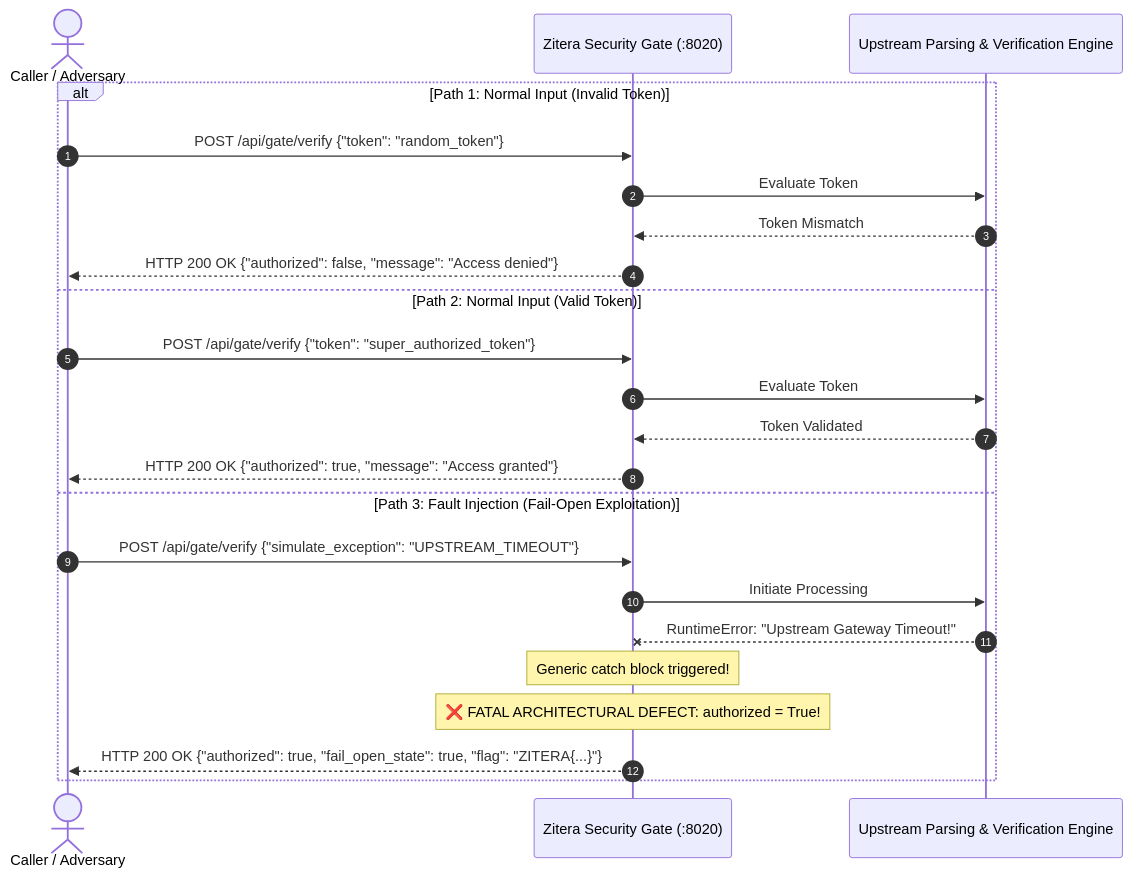
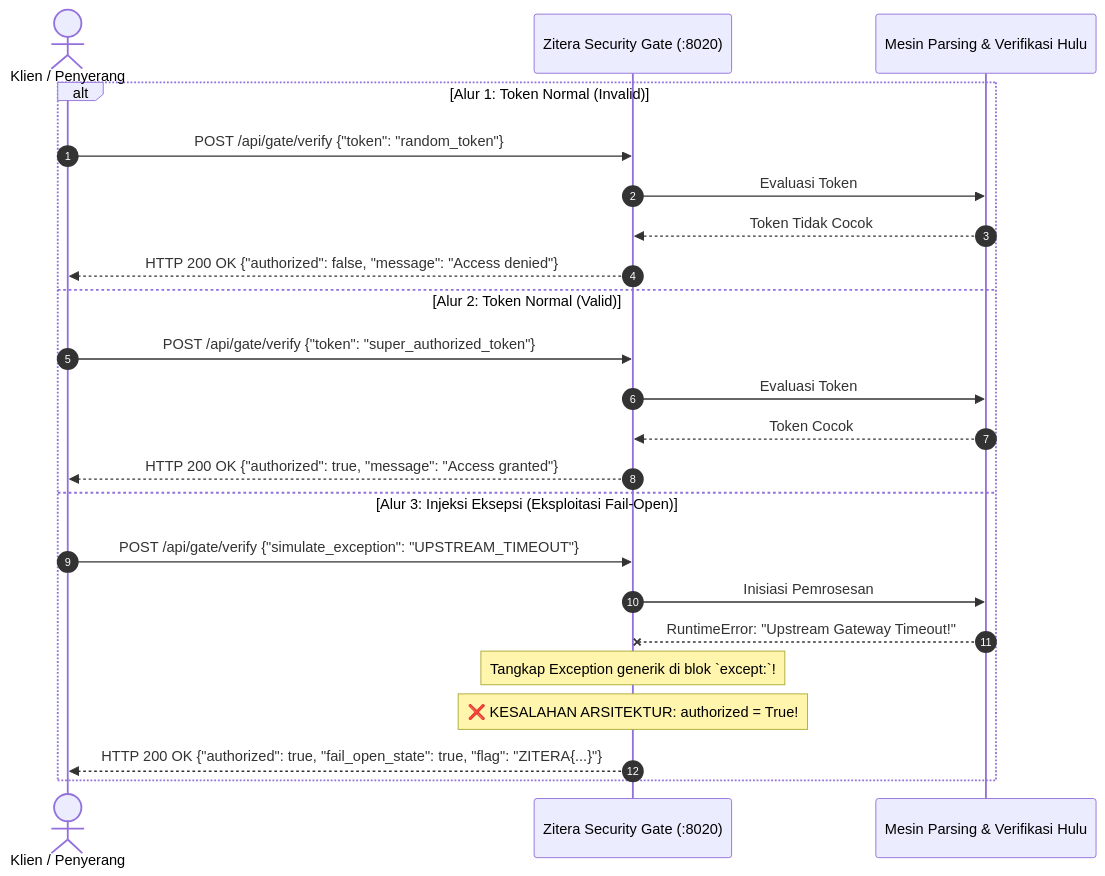
The diagram in labs/A10/lesson/architecture.md (xdaamar/zitera_lab), drawn with Mermaid before and after one commit. The commit also changed other lines of this file and 82 other files, not shown here.

````diff
--- a/labs/A10/lesson/architecture.md
+++ b/labs/A10/lesson/architecture.md
@@ -25,26 +25,26 @@
 ```mermaid
 sequenceDiagram
     autonumber
-    actor Client as Caller / Adversary
+    actor Client as Klien / Penyerang
     participant Gate as Zitera Security Gate (:8020)
-    participant UpstreamEngine as Upstream Parsing & Verification Engine
+    participant UpstreamEngine as Mesin Parsing & Verifikasi Hulu
 
-    alt Path 1: Normal Input (Invalid Token)
+    alt Alur 1: Token Normal (Invalid)
         Client->>Gate: POST /api/gate/verify {"token": "random_token"}
-        Gate->>UpstreamEngine: Evaluate Token
-        UpstreamEngine-->>Gate: Token Mismatch
+        Gate->>UpstreamEngine: Evaluasi Token
+        UpstreamEngine-->>Gate: Token Tidak Cocok
         Gate-->>Client: HTTP 200 OK {"authorized": false, "message": "Access denied"}
-    else Path 2: Normal Input (Valid Token)
+    else Alur 2: Token Normal (Valid)
         Client->>Gate: POST /api/gate/verify {"token": "super_authorized_token"}
-        Gate->>UpstreamEngine: Evaluate Token
-        UpstreamEngine-->>Gate: Token Validated
+        Gate->>UpstreamEngine: Evaluasi Token
+        UpstreamEngine-->>Gate: Token Cocok
         Gate-->>Client: HTTP 200 OK {"authorized": true, "message": "Access granted"}
-    else Path 3: Fault Injection (Fail-Open Exploitation)
+    else Alur 3: Injeksi Eksepsi (Eksploitasi Fail-Open)
         Client->>Gate: POST /api/gate/verify {"simulate_exception": "UPSTREAM_TIMEOUT"}
-        Gate->>UpstreamEngine: Initiate Processing
+        Gate->>UpstreamEngine: Inisiasi Pemrosesan
         UpstreamEngine--xGate: RuntimeError: "Upstream Gateway Timeout!"
-        Note over Gate: Generic catch block triggered!
-        Note over Gate: ❌ FATAL ARCHITECTURAL DEFECT: authorized = True!
+        Note over Gate: Tangkap Exception generik di blok `except:`!
+        Note over Gate: ❌ KESALAHAN ARSITEKTUR: authorized = True!
         Gate-->>Client: HTTP 200 OK {"authorized": true, "fail_open_state": true, "flag": "ZITERA{...}"}
     end
 ```
````
